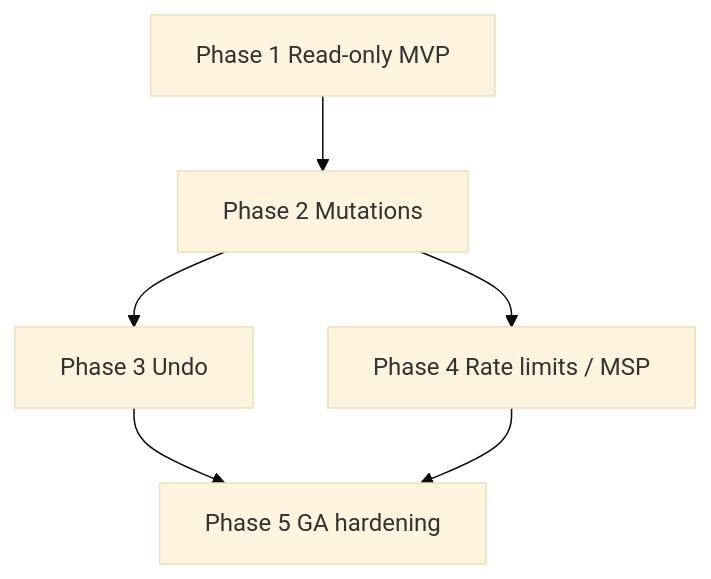
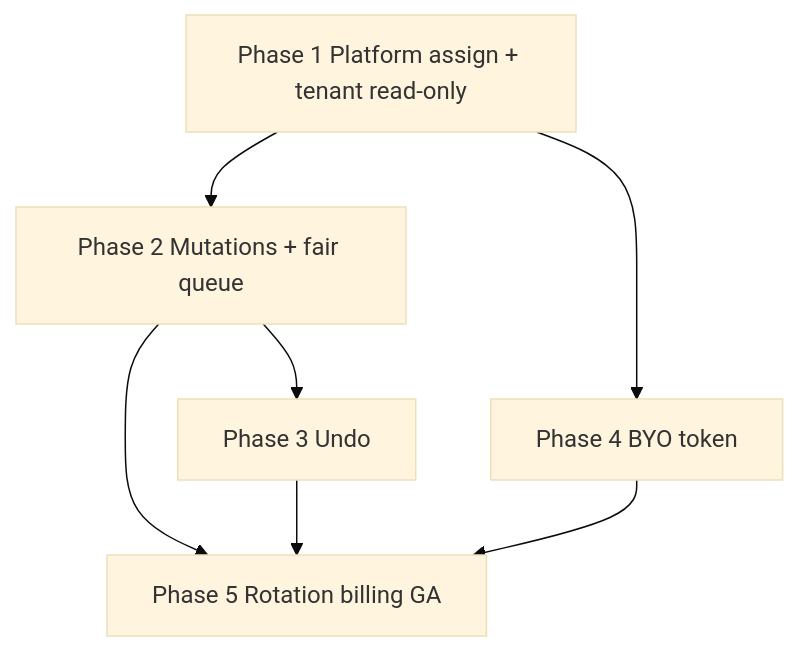
One commit to jeremymcs/nebula-dns changed the diagram in docs/modules/dns-management/PLAN.md. Above: the diagram before and after it, drawn with Mermaid (base theme). The commit also changed other lines of this file and 2 other files, not shown here.

First line of the commit message:
docs(dns-management): primary MSP-hosted zones on Flux Cloudflare account

````diff
--- a/docs/modules/dns-management/PLAN.md
+++ b/docs/modules/dns-management/PLAN.md
@@ -139,12 +134,13 @@
 ```mermaid
 flowchart TD
-  P1[Phase 1 Read-only MVP]
-  P2[Phase 2 Mutations]
+  P1[Phase 1 Platform assign + tenant read-only]
+  P2[Phase 2 Mutations + fair queue]
   P3[Phase 3 Undo]
-  P4[Phase 4 Rate limits / MSP]
-  P5[Phase 5 GA hardening]
+  P4[Phase 4 BYO token]
+  P5[Phase 5 Rotation billing GA]
   P1 --> P2 --> P3
-  P2 --> P4
+  P2 --> P5
   P3 --> P5
+  P1 --> P4
   P4 --> P5
 ```
````
